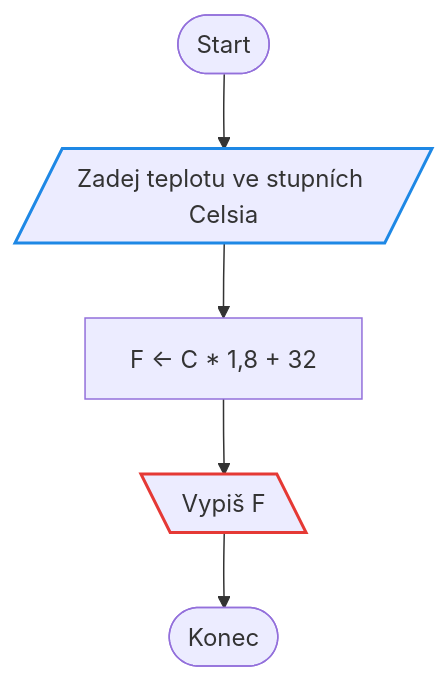
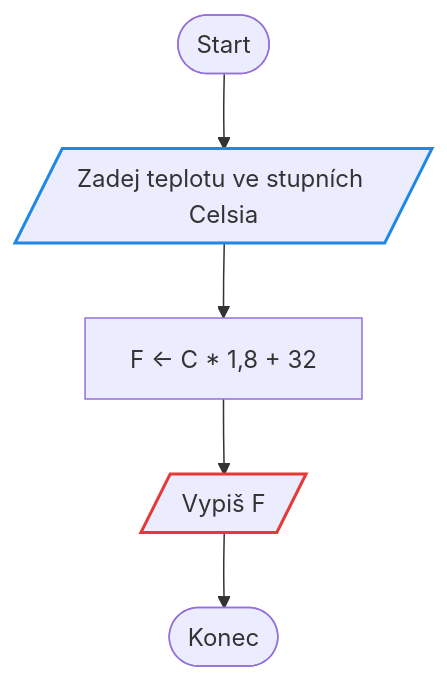
The sixth of 15 diagrams in 3Hodina/reseni.md (zeman-delta/Prvaci2026), drawn with Mermaid before and after one commit. The commit also changed other lines of this file and 1 other file, not shown here.

````diff
--- a/3Hodina/reseni.md
+++ b/3Hodina/reseni.md
@@ -146,12 +146,12 @@
 ```mermaid
 flowchart TD
     S([Start]) --> V[/"Zadej teplotu ve stupních Celsia"/]
     V --> P["F ← C * 1,8 + 32"]
-    P --> O[\"Vypiš F"\]
+    P --> O[/"Vypiš F"/]
     O --> K([Konec])
 
     classDef vstup stroke:#1e88e5,stroke-width:2px
     classDef vystup stroke:#e53935,stroke-width:2px
     class V vstup
     class O vystup
 ```
````
